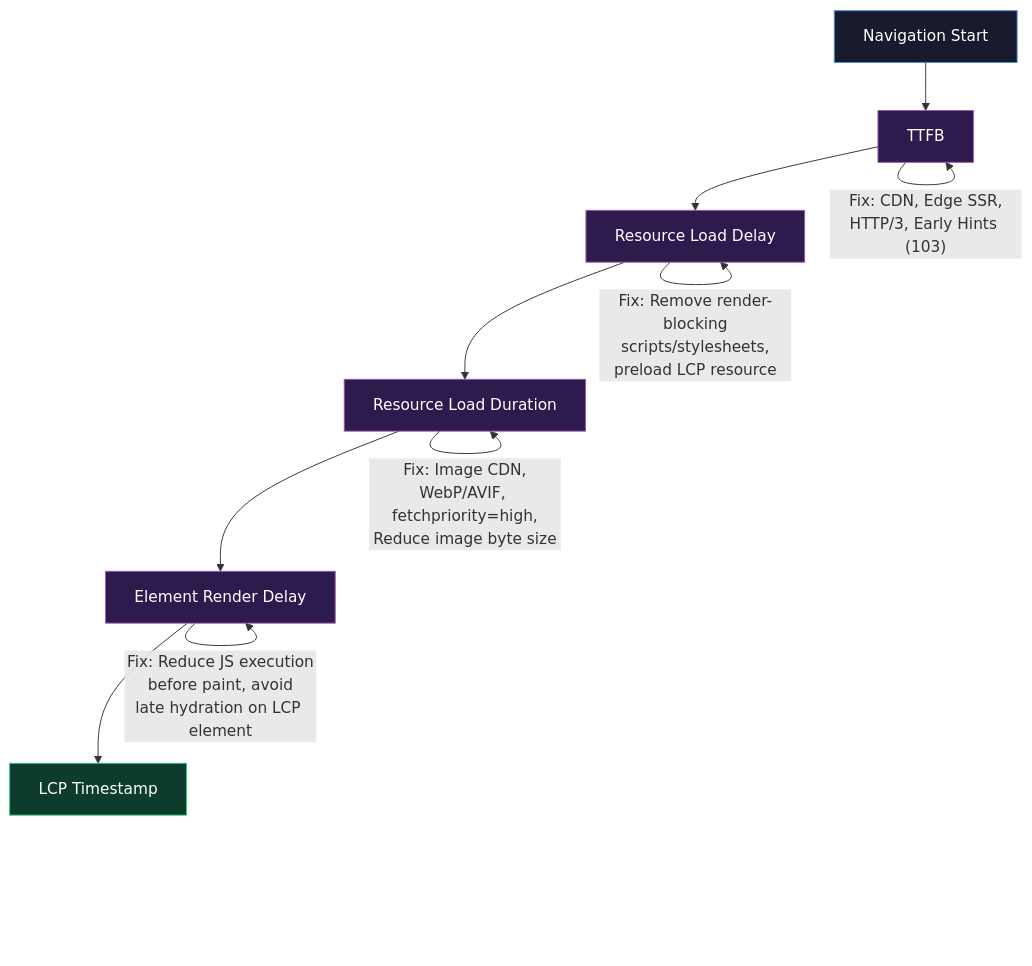
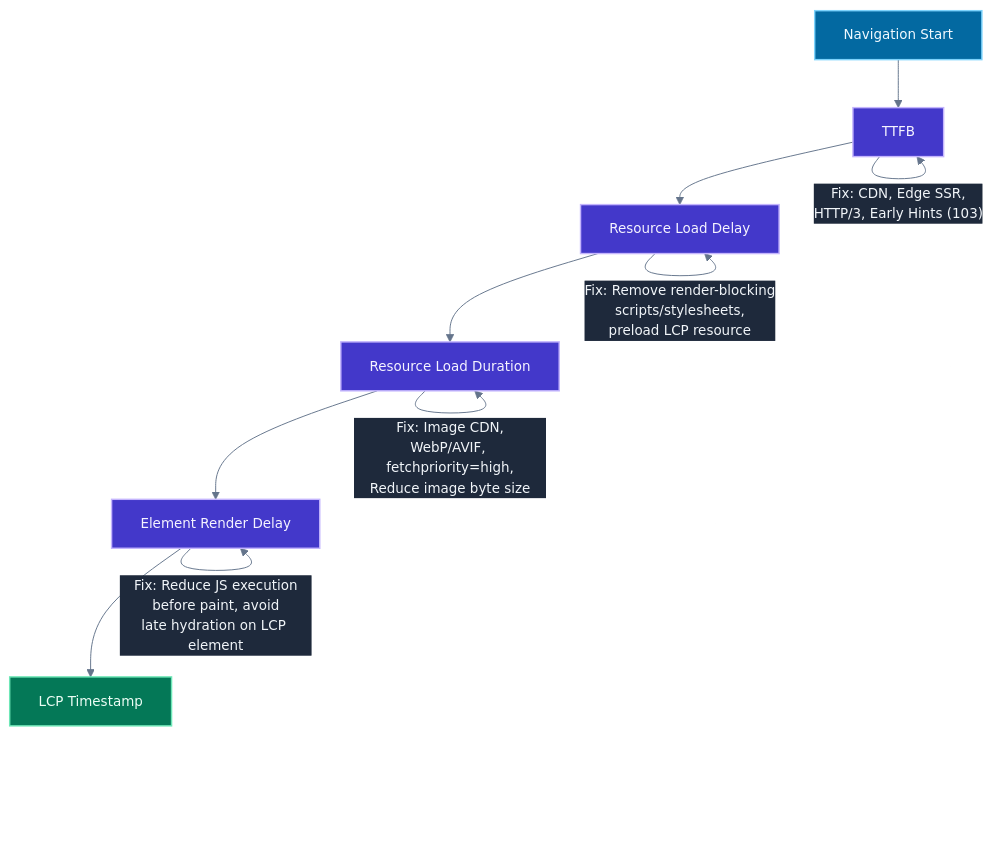
The first of 3 diagrams in data/topics/core-web-vitals.md (vinayakhumberi/litmus), drawn with Mermaid before and after one commit. The commit also changed other lines of this file and 1 other file, not shown here.

````diff
--- a/data/topics/core-web-vitals.md
+++ b/data/topics/core-web-vitals.md
@@ -301,20 +301,22 @@
 ```mermaid
+%%{init: {"theme": "base", "themeVariables": {"background":"transparent","primaryColor":"#334155","primaryTextColor":"#f1f5f9","primaryBorderColor":"#64748b","lineColor":"#64748b","edgeLabelBackground":"#1e293b","textColor":"#f1f5f9","fontFamily":"\"Plus Jakarta Sans\", sans-serif","fontSize":"14px"}}}%%
 graph TD
     A["Navigation Start"] --> B["TTFB"]
     B --> C["Resource Load Delay"]
     C --> D["Resource Load Duration"]
     D --> E["Element Render Delay"]
     E --> F["LCP Timestamp"]
 
     B -- "Fix: CDN, Edge SSR,<br>HTTP/3, Early Hints (103)" --> B
     C -- "Fix: Remove render-blocking<br>scripts/stylesheets,<br>preload LCP resource" --> C
     D -- "Fix: Image CDN,<br>WebP/AVIF, fetchpriority=high,<br>Reduce image byte size" --> D
     E -- "Fix: Reduce JS execution<br>before paint, avoid<br>late hydration on LCP element" --> E
 
-    style A fill:#1a1a2e,stroke:#4a90d9,color:#fff
-    style F fill:#0d3b2e,stroke:#2ecc71,color:#fff
-    style B fill:#2d1b4e,stroke:#9b59b6,color:#fff
-    style C fill:#2d1b4e,stroke:#9b59b6,color:#fff
-    style D fill:#2d1b4e,stroke:#9b59b6,color:#fff
-    style E fill:#2d1b4e,stroke:#9b59b6,color:#fff
+    classDef start fill:#0369a1,stroke:#7dd3fc,color:#f0f9ff,stroke-width:1.5px;
+    classDef subpart fill:#4338ca,stroke:#c4b5fd,color:#f5f3ff,stroke-width:1.5px;
+    classDef result fill:#047857,stroke:#6ee7b7,color:#ecfdf5,stroke-width:1.5px;
+
+    class A start;
+    class B,C,D,E subpart;
+    class F result;
 ```
````
